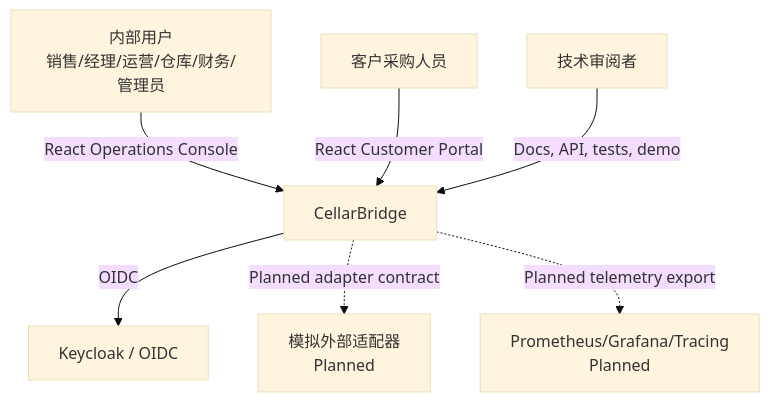
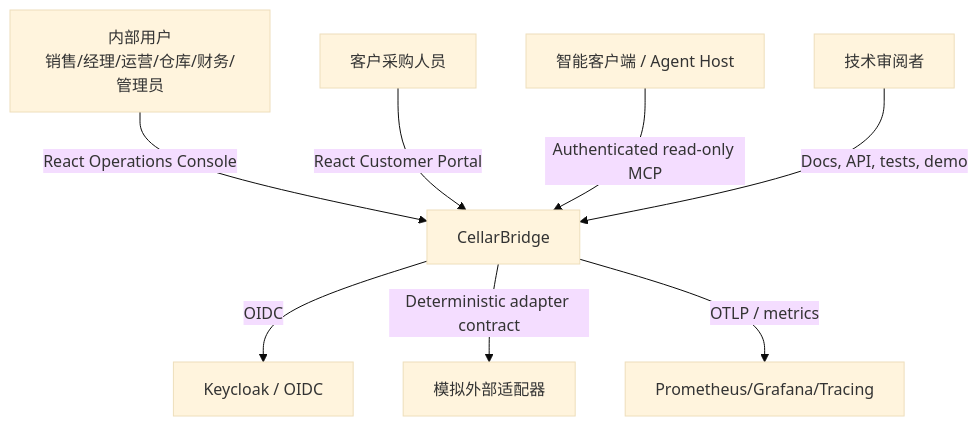
Before and after one commit to RomanticHW/cellarbridge-platform: the first of 3 diagrams in docs/03-architecture/00-architecture-overview.md, drawn with Mermaid (base theme). The commit also changed other lines of this file and 23 other files, not shown here.

Commit message:
docs(mcp): publish agent capabilities and operating evidence

````diff
--- a/docs/03-architecture/00-architecture-overview.md
+++ b/docs/03-architecture/00-architecture-overview.md
@@ -27,17 +27,19 @@
 ```mermaid
 flowchart TB
     Internal[内部用户\n销售/经理/运营/仓库/财务/管理员]
     Buyer[客户采购人员]
+    AgentHost[智能客户端 / Agent Host]
     Reviewer[技术审阅者]
     CB[CellarBridge]
     IDP[Keycloak / OIDC]
-    Sim[模拟外部适配器\nPlanned]
-    Obs[Prometheus/Grafana/Tracing\nPlanned]
+    Sim[模拟外部适配器]
+    Obs[Prometheus/Grafana/Tracing]
 
     Internal -->|React Operations Console| CB
     Buyer -->|React Customer Portal| CB
+    AgentHost -->|Authenticated read-only MCP| CB
     CB -->|OIDC| IDP
-    CB -.->|Planned adapter contract| Sim
-    CB -.->|Planned telemetry export| Obs
+    CB -->|Deterministic adapter contract| Sim
+    CB -->|OTLP / metrics| Obs
     Reviewer -->|Docs, API, tests, demo| CB
 ```
````
